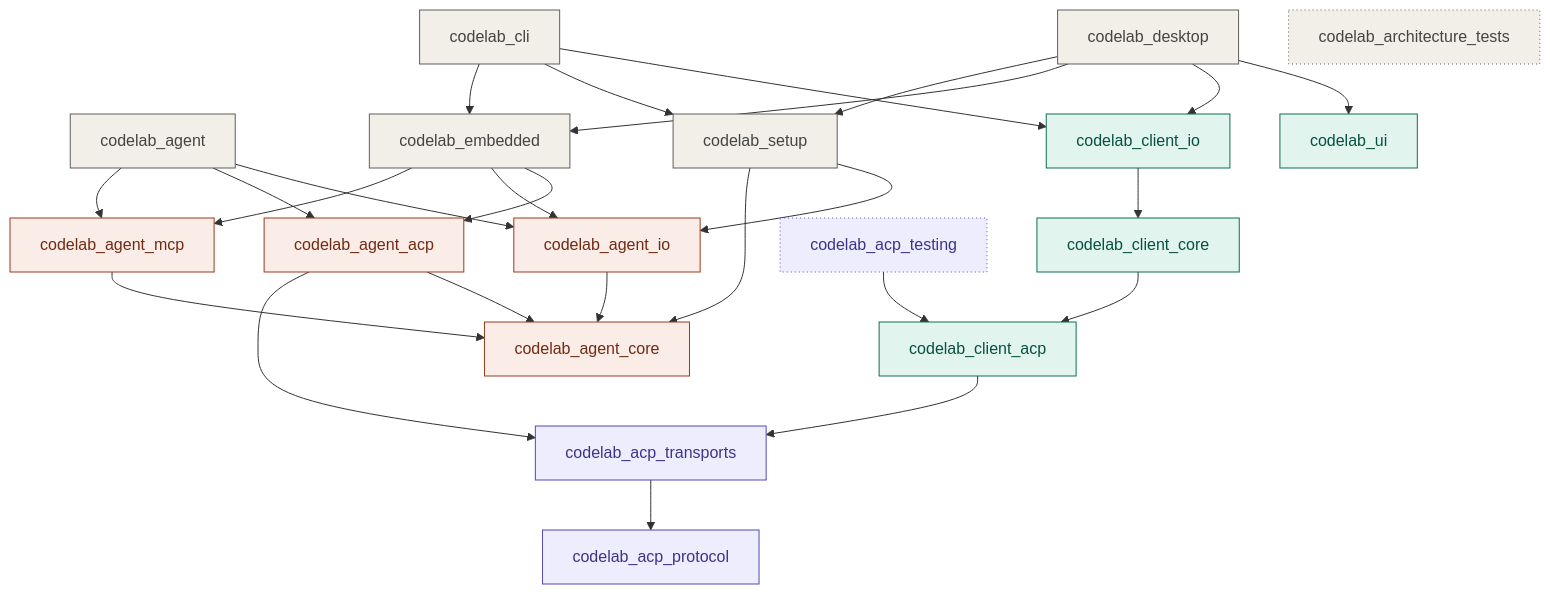
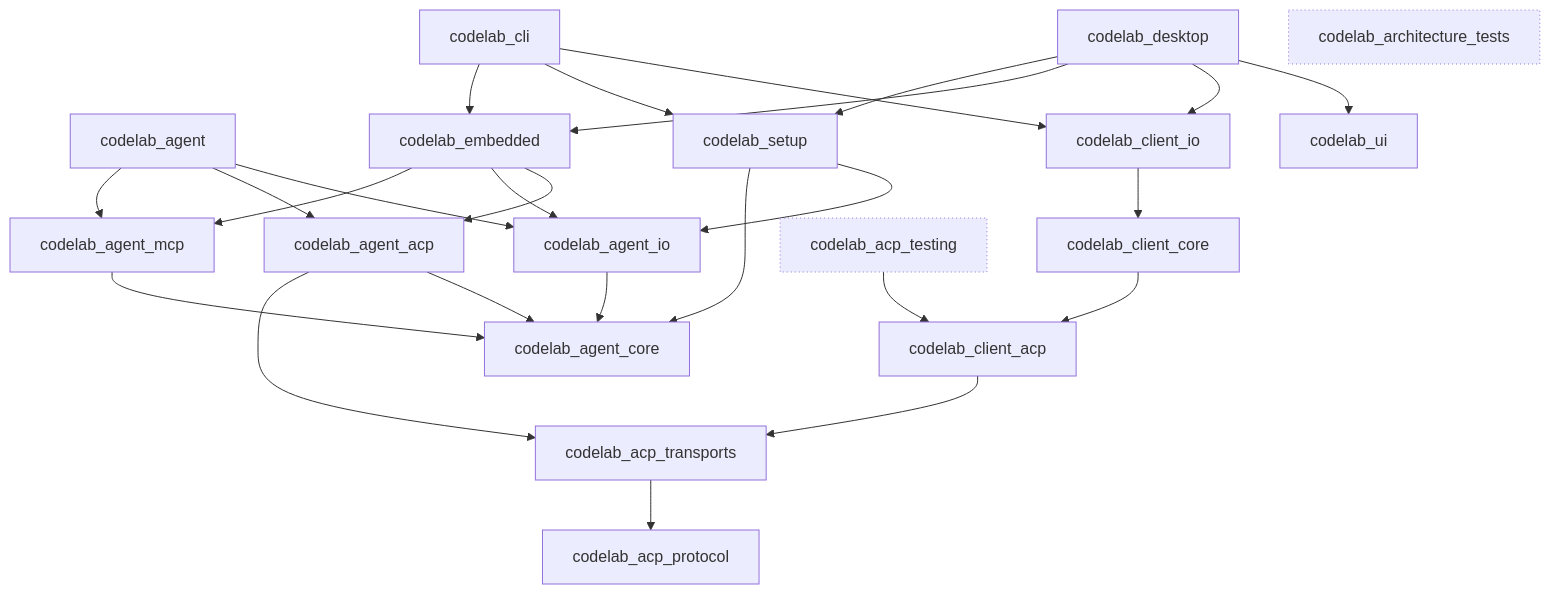
Before and after one commit to pese-git/codelab-app: the diagram in README.md, drawn with Mermaid. The commit also changed other lines of this file and 14 other files, not shown here.

````diff
--- a/README.md
+++ b/README.md
@@ -40,61 +40,53 @@
 ```mermaid
 flowchart TD
   desktop[codelab_desktop]
   cli[codelab_cli]
   agent[codelab_agent]
 
   ui[codelab_ui]
   client_io[codelab_client_io]
   agent_io[codelab_agent_io]
 
   client_core[codelab_client_core]
   agent_acp[codelab_agent_acp]
   agent_mcp[codelab_agent_mcp]
   setup[codelab_setup]
   embedded[codelab_embedded]
 
   testing[codelab_acp_testing]
   client_acp[codelab_client_acp]
   agent_core[codelab_agent_core]
 
   transports[codelab_acp_transports]
   arch[codelab_architecture_tests]
   protocol[codelab_acp_protocol]
 
   desktop --> ui
   desktop --> client_io
   cli --> client_io
   cli --> setup
   desktop --> embedded
   desktop --> setup
   cli --> embedded
   embedded --> agent_acp
   embedded --> agent_io
   embedded --> agent_mcp
   setup --> agent_io
   setup --> agent_core
   agent --> agent_io
   agent --> agent_acp
   agent --> agent_mcp
   client_io --> client_core
   agent_io --> agent_core
   client_core --> client_acp
   agent_acp --> agent_core
   agent_mcp --> agent_core
   agent_acp --> transports
   testing --> client_acp
   client_acp --> transports
   transports --> protocol
 
-  classDef app fill:#F1EFE8,stroke:#5F5E5A,color:#444441
-  classDef acp fill:#EEEDFE,stroke:#534AB7,color:#3C3489
-  classDef client fill:#E1F5EE,stroke:#0F6E56,color:#085041
-  classDef agentside fill:#FAECE7,stroke:#993C1D,color:#712B13
   classDef testonly stroke-dasharray:1 3
 
-  class desktop,cli,agent,arch,setup,embedded app
-  class protocol,transports,testing acp
-  class ui,client_io,client_core,client_acp client
-  class agent_io,agent_acp,agent_mcp,agent_core agentside
   class testing,arch testonly
 ```
````
